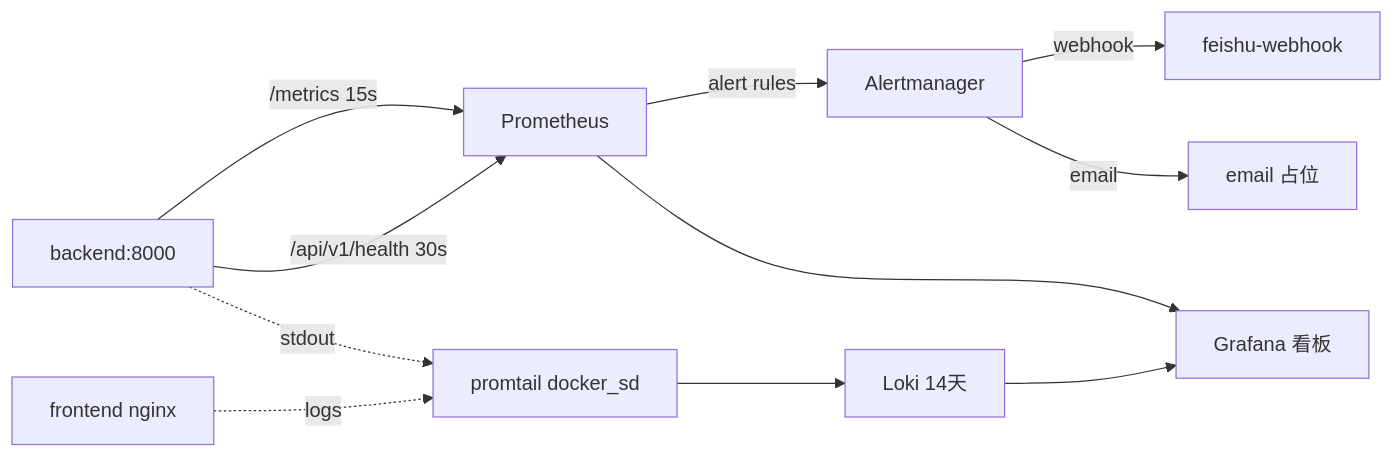
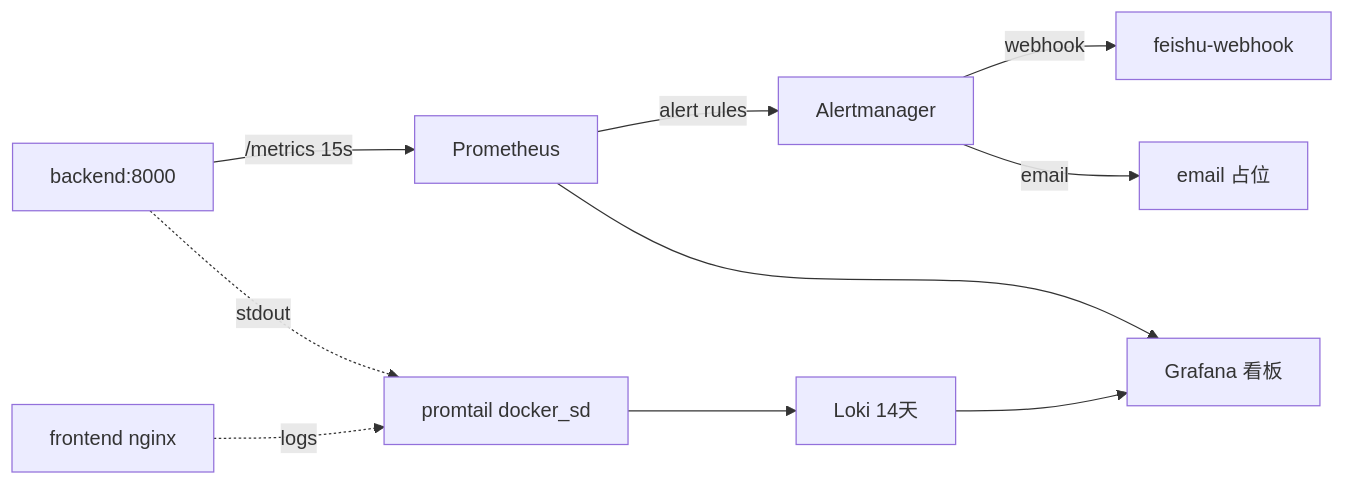
Before and after one commit to bozhang1214/SelfEvolvingKnowledgeBase: the first of 2 diagrams in docs/tech/09-OBSERVABILITY.md, drawn with Mermaid. The commit also changed other lines of this file and 28 other files, not shown here.

````diff
--- a/docs/tech/09-OBSERVABILITY.md
+++ b/docs/tech/09-OBSERVABILITY.md
@@ -24,13 +25,12 @@
 ```mermaid
 flowchart LR
     BE[backend:8000] -->|/metrics 15s| P[Prometheus]
-    BE -->|/api/v1/health 30s| P
     BE -. stdout .-> PL[promtail docker_sd]
     FE[frontend nginx] -. logs .-> PL
     PL --> L[Loki 14天]
     P -->|alert rules| AM[Alertmanager]
     AM -->|webhook| FW[feishu-webhook]
     AM -->|email| EM[email 占位]
     P --> G[Grafana 看板]
     L --> G
 ```
````
